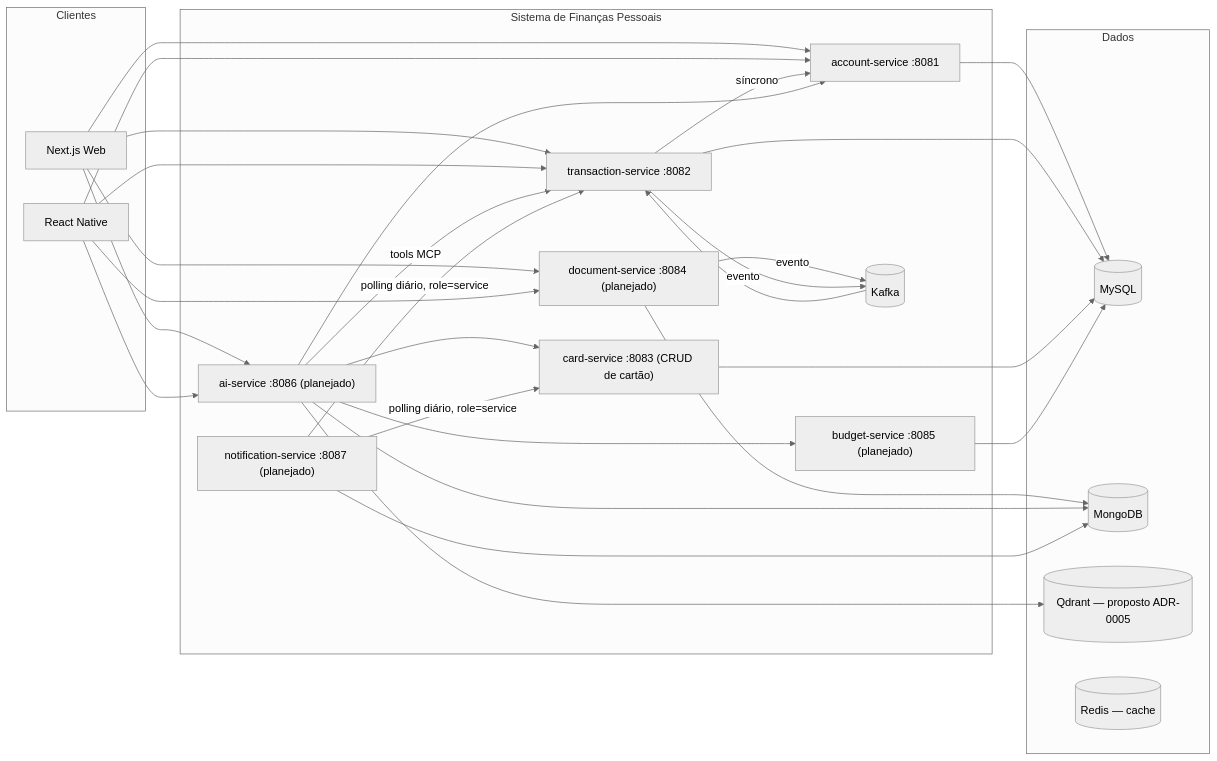
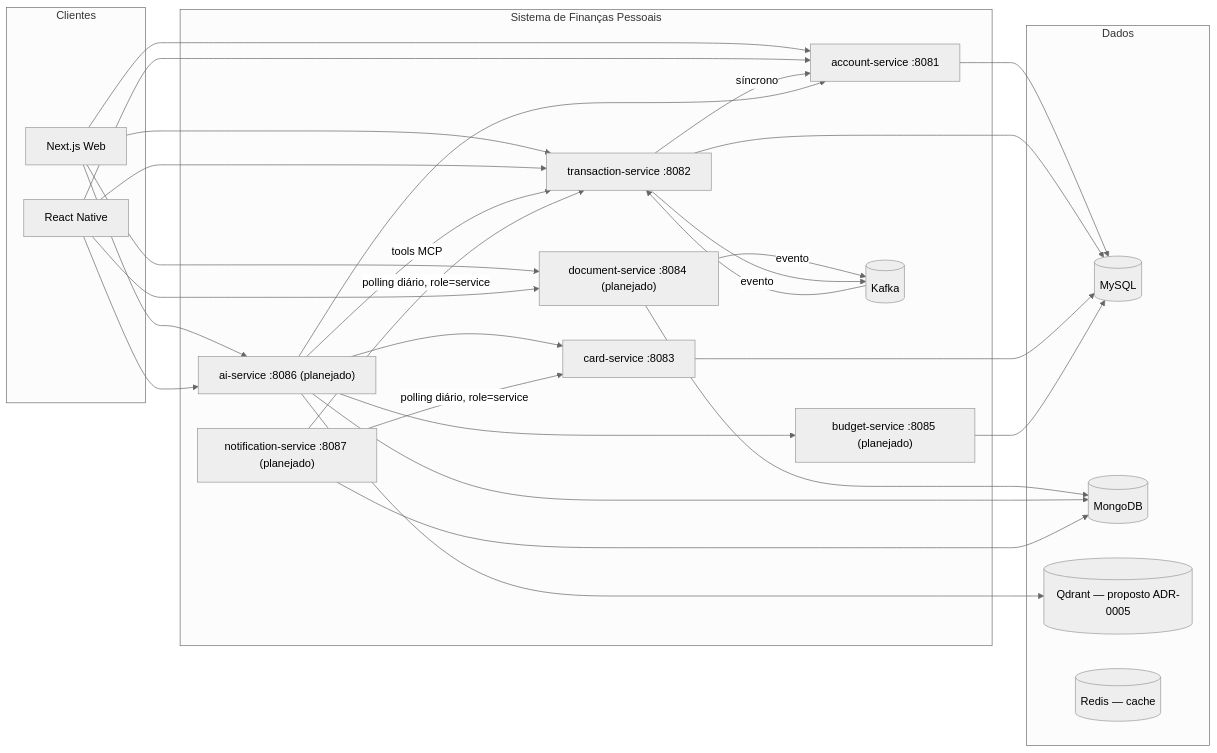
One commit to wep1980/wepdev-financas changed the second of 11 diagrams in docs/architecture/diagrams.md. Above: the diagram before and after it, drawn with Mermaid (neutral theme). The commit also changed other lines of this file and 62 other files, not shown here.

First line of the commit message:
feat(card-service): fatura e parcelamento (fecha a fatia 2)

````diff
--- a/docs/architecture/diagrams.md
+++ b/docs/architecture/diagrams.md
@@ -36,54 +36,54 @@
 ```mermaid
 graph LR
     subgraph Clientes
         Web[Next.js Web]
         Mobile[React Native]
     end
 
     subgraph "Sistema de Finanças Pessoais"
         AccountSvc["account-service :8081"]
         TxSvc["transaction-service :8082"]
-        CardSvc["card-service :8083 (CRUD de cartão)"]
+        CardSvc["card-service :8083"]
         DocSvc["document-service :8084 (planejado)"]
         BudgetSvc["budget-service :8085 (planejado)"]
         AiSvc["ai-service :8086 (planejado)"]
         NotifSvc["notification-service :8087 (planejado)"]
         Kafka[("Kafka")]
     end
 
     subgraph Dados
         MySQL[("MySQL")]
         Mongo[("MongoDB")]
         Qdrant[("Qdrant — proposto ADR-0005")]
         Redis[("Redis — cache")]
     end
 
     Web --> AccountSvc
     Web --> TxSvc
     Web --> AiSvc
     Web --> DocSvc
     Mobile --> AccountSvc
     Mobile --> TxSvc
     Mobile --> AiSvc
     Mobile --> DocSvc
 
     TxSvc -->|síncrono| AccountSvc
     DocSvc -->|evento| Kafka
     Kafka --> TxSvc
     TxSvc -->|evento| Kafka
     AiSvc -->|tools MCP| TxSvc
     AiSvc --> BudgetSvc
     AiSvc --> AccountSvc
     AiSvc --> CardSvc
     NotifSvc -->|polling diário, role=service| TxSvc
     NotifSvc -->|polling diário, role=service| CardSvc
 
     AccountSvc --> MySQL
     TxSvc --> MySQL
     CardSvc --> MySQL
     BudgetSvc --> MySQL
     DocSvc --> Mongo
     AiSvc --> Qdrant
     AiSvc --> Mongo
     NotifSvc --> Mongo
 ```
````
